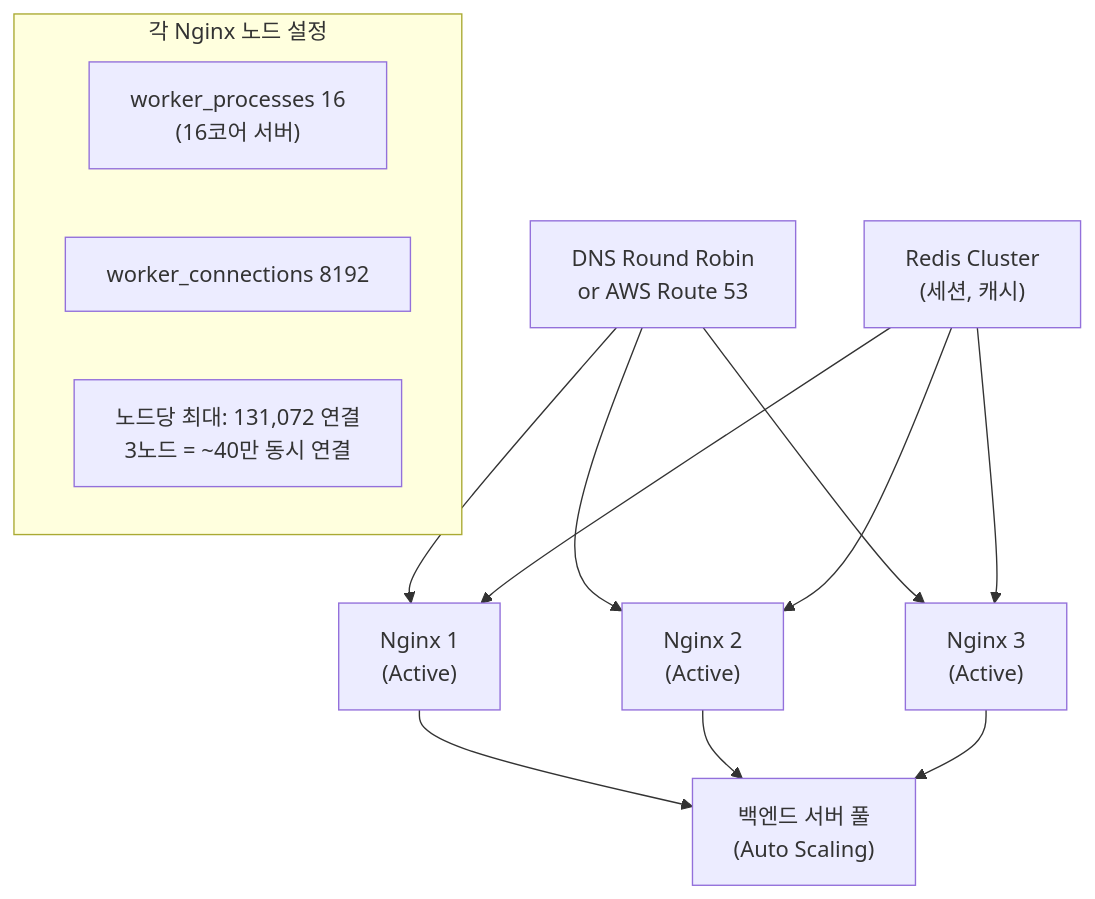
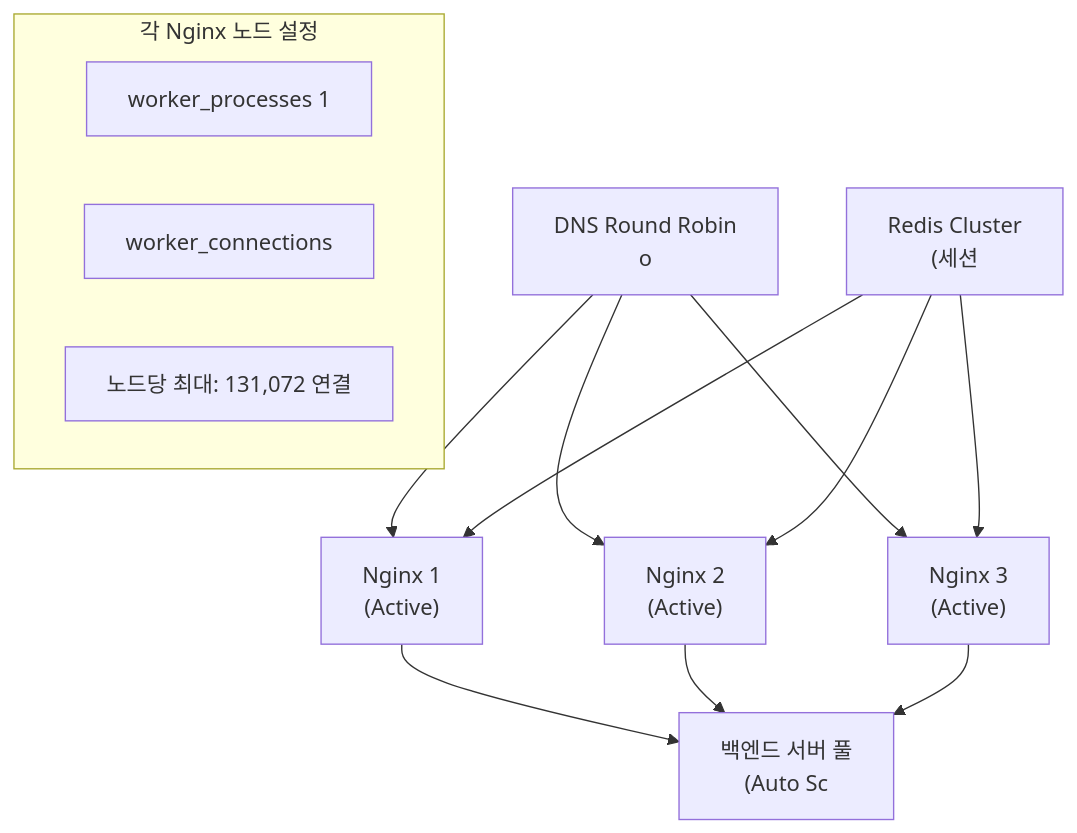
Diagram 18 of 18 in _posts/server/2026-05-01-nginx.md (yjkim2015/yjkim2015.github.io), drawn with Mermaid before and after one commit. The commit also changed other lines of this file and 271 other files, not shown here.

First line of the commit message:
Mermaid 라벨 축소: 긴 노드 텍스트 18자 이하로 트림 + \n 제거

````diff
--- a/_posts/server/2026-05-01-nginx.md
+++ b/_posts/server/2026-05-01-nginx.md
@@ -1115,13 +1115,13 @@
 ```mermaid
 graph TD
-    DNS["DNS Round Robin\nor AWS Route 53"] --> N1["Nginx 1\n(Active)"]
+    DNS["DNS Round Robin\no"] --> N1["Nginx 1\n(Active)"]
     DNS --> N2["Nginx 2\n(Active)"]
     DNS --> N3["Nginx 3\n(Active)"]
-    N1 & N2 & N3 --> UPSTREAM["백엔드 서버 풀\n(Auto Scaling)"]
-    CACHE["Redis Cluster\n(세션, 캐시)"] --> N1 & N2 & N3
+    N1 & N2 & N3 --> UPSTREAM["백엔드 서버 풀\n(Auto Sc"]
+    CACHE["Redis Cluster\n(세션"] --> N1 & N2 & N3
     subgraph "각 Nginx 노드 설정"
-        WP["worker_processes 16\n(16코어 서버)"]
-        WC["worker_connections 8192"]
-        TOTAL["노드당 최대: 131,072 연결\n3노드 = ~40만 동시 연결"]
+        WP["worker_processes 1"]
+        WC["worker_connections"]
+        TOTAL["노드당 최대: 131,072 연결"]
     end
 ```
````
